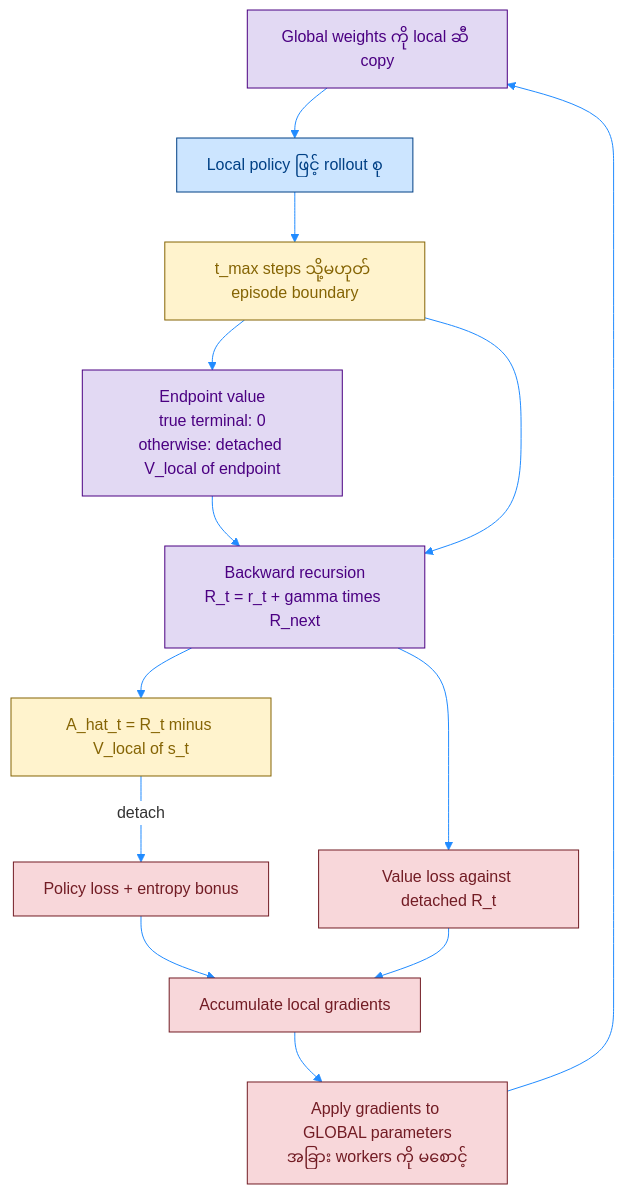
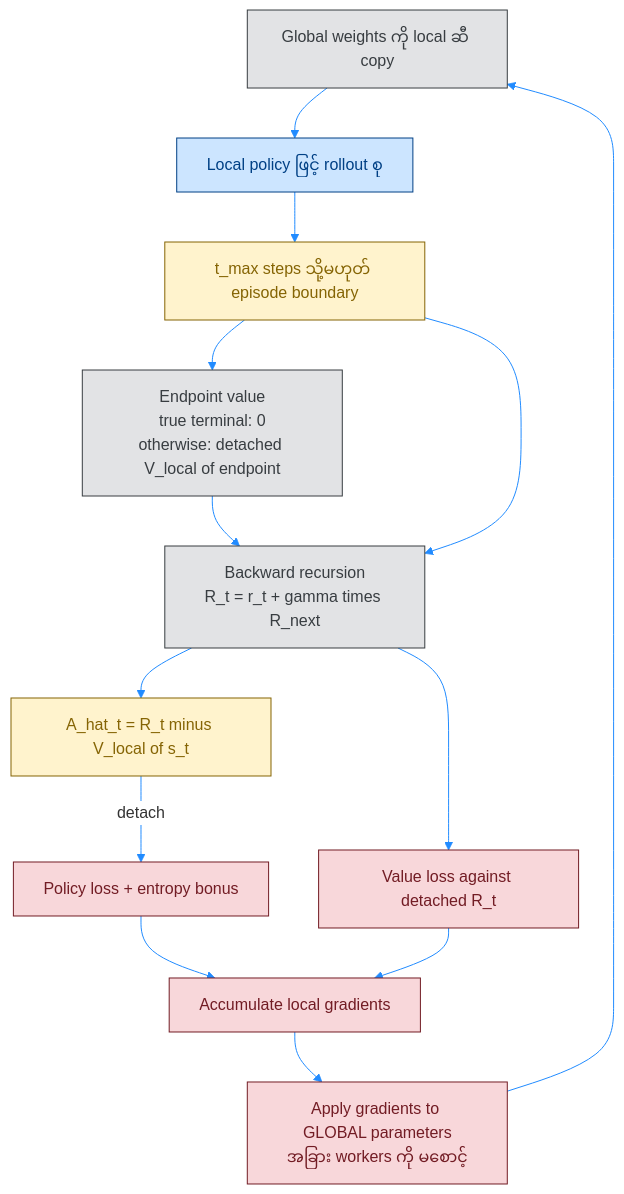
One commit to Open-Source-Robotics-For-Myanmar/rl changed the third of 3 diagrams in Day81 RL python/02_Miguel Morales - Grokking Deep Reinforcement Learning/02_rl_with_dl/rom_photos/08_1_PB_actor-critic_A3C.md. Above: the diagram before and after it, drawn with Mermaid. The commit also changed other lines of this file and 12 other files, not shown here.

````diff
--- a/Day81 RL python/02_Miguel Morales - Grokking Deep Reinforcement Learning/02_rl_with_dl/rom_photos/08_1_PB_actor-critic_A3C.md
+++ b/Day81 RL python/02_Miguel Morales - Grokking Deep Reinforcement Learning/02_rl_with_dl/rom_photos/08_1_PB_actor-critic_A3C.md
@@ -97,25 +118,26 @@
 ```mermaid
 %%{init: {'theme': 'base', 'themeVariables': { 'primaryColor': '#ffffff', 'lineColor': '#218bff'}}}%%
 flowchart TD
     SY["Global weights ကို local ဆီ copy"] --> C["Local policy ဖြင့် rollout စု"]
     C --> B["t_max steps သို့မဟုတ် episode boundary"]
     B --> END["Endpoint value<br/>true terminal: 0<br/>otherwise: detached V_local of endpoint"]
     END --> R["Backward recursion<br/>R_t = r_t + gamma times R_next"]
     B --> R
     R --> A["A_hat_t = R_t minus V_local of s_t"]
     A -->|"detach"| LP["Policy loss + entropy bonus"]
     R --> LV["Value loss against detached R_t"]
     LP --> GR["Accumulate local gradients"]
     LV --> GR
     GR --> U["Apply gradients to GLOBAL parameters<br/>အခြား workers ကို မစောင့်"]
     U --> SY
 
-    classDef sync fill:#e2d9f3,stroke:#4b0082,stroke-width:1px,color:#4b0082;
     classDef data fill:#cce5ff,stroke:#004085,stroke-width:1px,color:#004085;
     classDef batch fill:#fff3cd,stroke:#856404,stroke-width:1px,color:#856404;
     classDef train fill:#f8d7da,stroke:#721c24,stroke-width:1px,color:#721c24;
-    class SY,END,R sync;
+    classDef result fill:#e2e3e5,stroke:#383d41,stroke-width:1px,color:#383d41;
+
     class C data;
     class B,A batch;
     class LP,LV,GR,U train;
+    class SY,END,R result;
 ```
````
